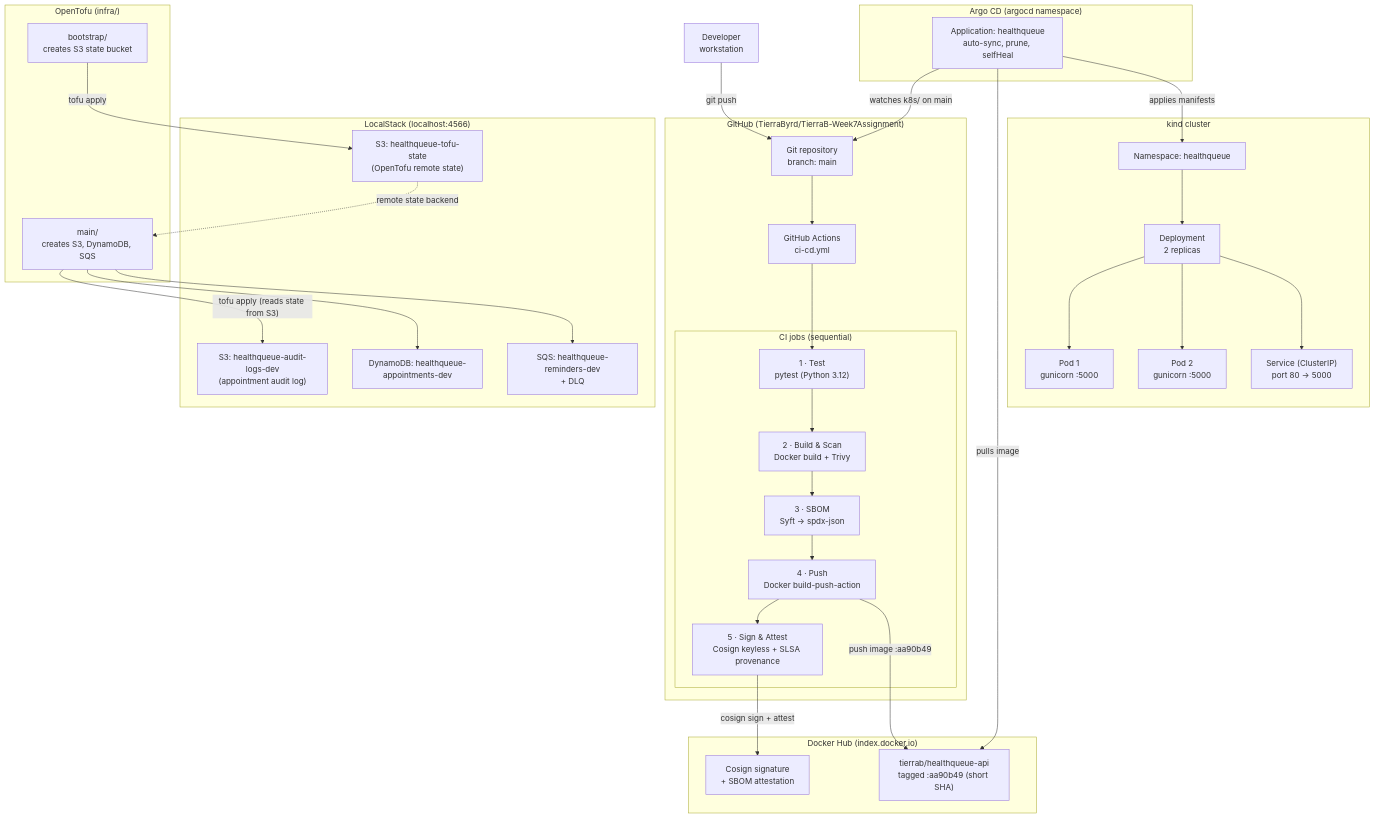
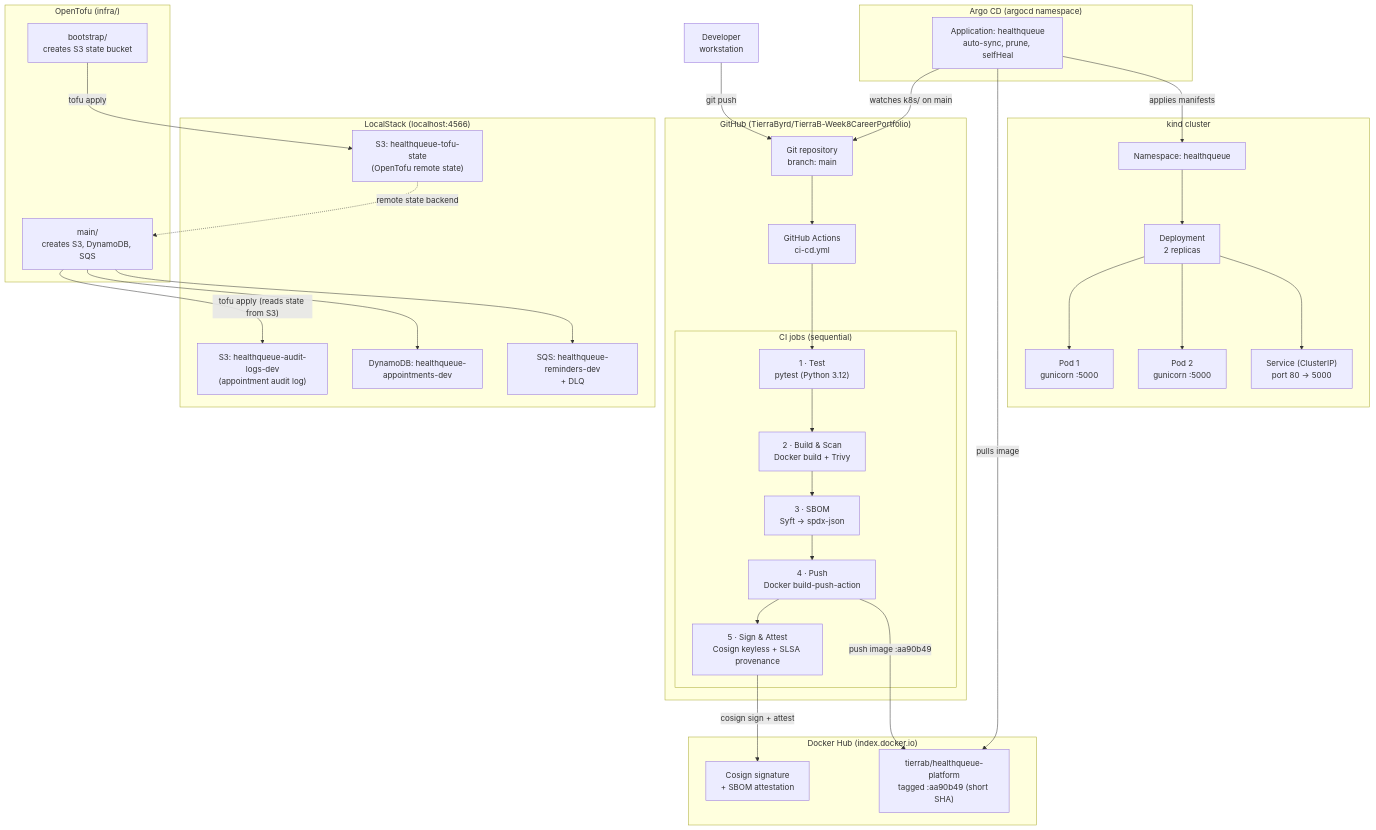
The diagram in docs/architecture.md (TierraByrd/healthqueue-devops-platform), drawn with Mermaid before and after one commit. The commit also changed other lines of this file and 14 other files, not shown here.

Commit message:
Add design-decision comments and point repo and image to healthqueue-devops-platform

````diff
--- a/docs/architecture.md
+++ b/docs/architecture.md
@@ -9,64 +9,64 @@
 ```mermaid
 flowchart TD
     dev["Developer\nworkstation"]
 
-    subgraph github["GitHub (TierraByrd/TierraB-Week7Assignment)"]
+    subgraph github["GitHub (TierraByrd/TierraB-Week8CareerPortfolio)"]
         repo["Git repository\nbranch: main"]
         ci["GitHub Actions\nci-cd.yml"]
 
         subgraph jobs["CI jobs (sequential)"]
             j1["1 · Test\npytest (Python 3.12)"]
             j2["2 · Build & Scan\nDocker build + Trivy"]
             j3["3 · SBOM\nSyft → spdx-json"]
             j4["4 · Push\nDocker build-push-action"]
             j5["5 · Sign & Attest\nCosign keyless + SLSA provenance"]
         end
     end
 
     subgraph registry["Docker Hub (index.docker.io)"]
-        dh["tierrab/healthqueue-api\ntagged :aa90b49 (short SHA)"]
+        dh["tierrab/healthqueue-platform\ntagged :aa90b49 (short SHA)"]
         sig["Cosign signature\n+ SBOM attestation"]
     end
 
     subgraph gitops["Argo CD (argocd namespace)"]
         argo["Application: healthqueue\nauto-sync, prune, selfHeal"]
     end
 
     subgraph cluster["kind cluster"]
         ns["Namespace: healthqueue"]
         dep["Deployment\n2 replicas"]
         svc["Service (ClusterIP)\nport 80 → 5000"]
         pod1["Pod 1\ngunicorn :5000"]
         pod2["Pod 2\ngunicorn :5000"]
     end
 
     subgraph localstack["LocalStack (localhost:4566)"]
         s3state["S3: healthqueue-tofu-state\n(OpenTofu remote state)"]
         s3audit["S3: healthqueue-audit-logs-dev\n(appointment audit log)"]
         dynamo["DynamoDB: healthqueue-appointments-dev"]
         sqs["SQS: healthqueue-reminders-dev\n+ DLQ"]
     end
 
     subgraph tofu["OpenTofu (infra/)"]
         bootstrap["bootstrap/\ncreates S3 state bucket"]
         main_tf["main/\ncreates S3, DynamoDB, SQS"]
     end
 
     dev -->|"git push"| repo
     repo --> ci
     ci --> j1 --> j2 --> j3 --> j4 --> j5
     j4 -->|"push image :aa90b49"| dh
     j5 -->|"cosign sign + attest"| sig
     argo -->|"watches k8s/ on main"| repo
     argo -->|"pulls image"| dh
     argo -->|"applies manifests"| ns
     ns --> dep
     dep --> pod1
     dep --> pod2
     dep --> svc
     bootstrap -->|"tofu apply"| s3state
     main_tf -->|"tofu apply (reads state from S3)"| s3audit
     main_tf --> dynamo
     main_tf --> sqs
     s3state -.->|"remote state backend"| main_tf
 ```
````
